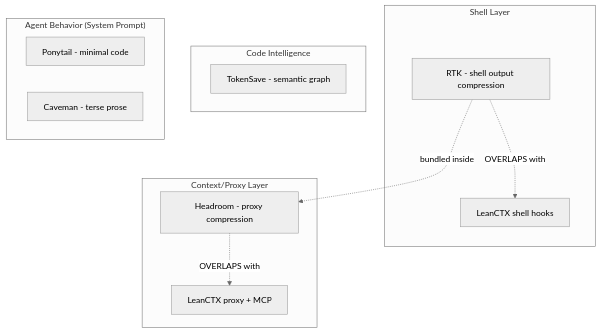
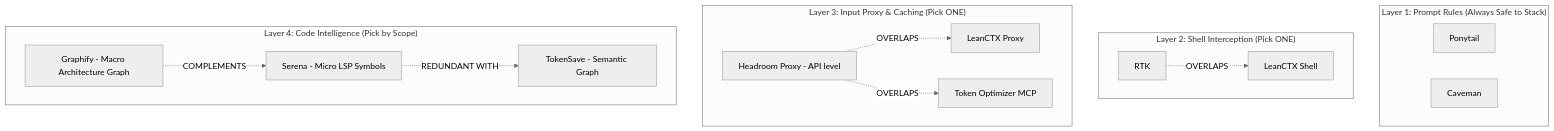
The second of 2 diagrams in _drafts/reduce-ai-token-usage-tools-guide.md (sagarnikam123/sagarnikam123.github.io), drawn with Mermaid (neutral theme) before and after one commit. The commit also changed other lines of this file, not shown here.

````diff
--- a/_drafts/reduce-ai-token-usage-tools-guide.md
+++ b/_drafts/reduce-ai-token-usage-tools-guide.md
@@ -670,25 +669,30 @@
 ```mermaid
 graph TB
-    subgraph "Shell Layer"
-        RTK[RTK - shell output compression]
-        LCTX_SHELL[LeanCTX shell hooks]
+    subgraph "Layer 1: Prompt Rules (Always Safe to Stack)"
+        PONY[Ponytail]
+        CAVE[Caveman]
     end
     
-    subgraph "Context/Proxy Layer"
-        HEADROOM[Headroom - proxy compression]
-        LCTX_PROXY[LeanCTX proxy + MCP]
+    subgraph "Layer 2: Shell Interception (Pick ONE)"
+        RTK[RTK]
+        LCTX_S[LeanCTX Shell]
     end
     
-    subgraph "Code Intelligence"
-        TSAVE[TokenSave - semantic graph]
+    subgraph "Layer 3: Input Proxy & Caching (Pick ONE)"
+        HEADROOM[Headroom Proxy - API level]
+        LCTX_P[LeanCTX Proxy]
+        TOMCP[Token Optimizer MCP]
     end
     
-    subgraph "Agent Behavior (System Prompt)"
-        PONY[Ponytail - minimal code]
-        CAVE[Caveman - terse prose]
+    subgraph "Layer 4: Code Intelligence (Pick by Scope)"
+        GRAPH[Graphify - Macro Architecture Graph]
+        SERENA[Serena - Micro LSP Symbols]
+        TSAVE[TokenSave - Semantic Graph]
     end
-    
-    RTK -.->|"bundled inside"| HEADROOM
-    RTK -.->|"OVERLAPS with"| LCTX_SHELL
-    HEADROOM -.->|"OVERLAPS with"| LCTX_PROXY
+
+    RTK -.->|OVERLAPS| LCTX_S
+    HEADROOM -.->|OVERLAPS| LCTX_P
+    HEADROOM -.->|OVERLAPS| TOMCP
+    SERENA -.->|REDUNDANT WITH| TSAVE
+    GRAPH -.->|COMPLEMENTS| SERENA
 ```
````
